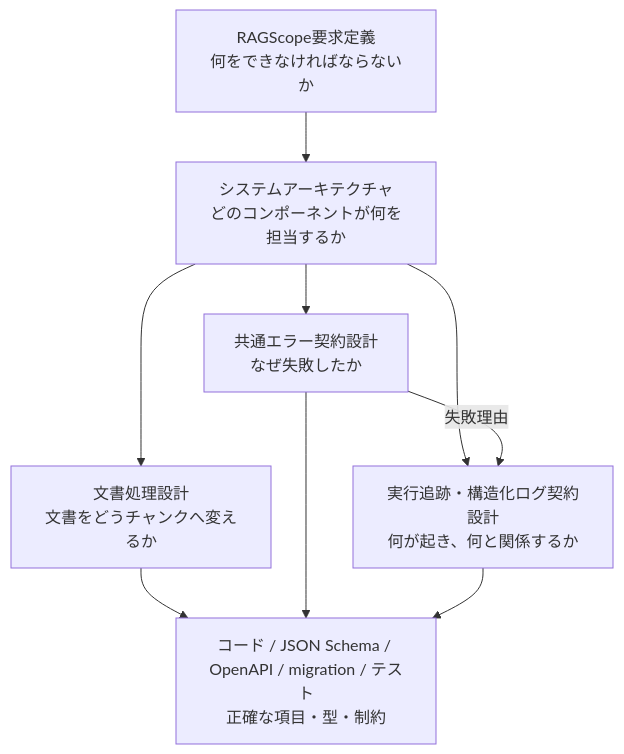
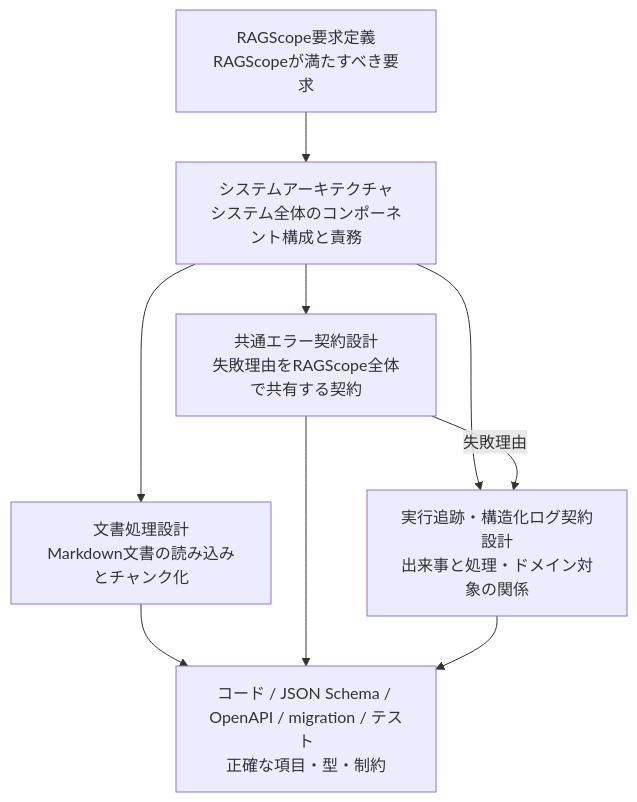
Before and after one commit to takashit16833/RAGScope: the diagram in project-docs/design/README.md, drawn with Mermaid. The commit also changed other lines of this file, not shown here.

Commit message:
設計文書READMEの索引と図の表現を整える

````diff
--- a/project-docs/design/README.md
+++ b/project-docs/design/README.md
@@ -17,22 +17,22 @@
 ```mermaid
 flowchart TD
-    Requirements["RAGScope要求定義<br>何をできなければならないか"]
-    Architecture["システムアーキテクチャ<br>どのコンポーネントが何を担当するか"]
+    Requirements["RAGScope要求定義<br>RAGScopeが満たすべき要求"]
+    Architecture["システムアーキテクチャ<br>システム全体のコンポーネント構成と責務"]
 
-    Document["文書処理設計<br>文書をどうチャンクへ変えるか"]
-    Error["共通エラー契約設計<br>なぜ失敗したか"]
-    Logging["実行追跡・構造化ログ契約設計<br>何が起き、何と関係するか"]
+    Document["文書処理設計<br>Markdown文書の読み込みとチャンク化"]
+    Error["共通エラー契約設計<br>失敗理由をRAGScope全体で共有する契約"]
+    Logging["実行追跡・構造化ログ契約設計<br>出来事と処理・ドメイン対象の関係"]
 
     Machine["コード / JSON Schema / OpenAPI / migration / テスト<br>正確な項目・型・制約"]
 
     Requirements --> Architecture
     Architecture --> Document
     Architecture --> Error
     Architecture --> Logging
 
     Error -->|"失敗理由"| Logging
 
     Document --> Machine
     Error --> Machine
     Logging --> Machine
 ```
````
